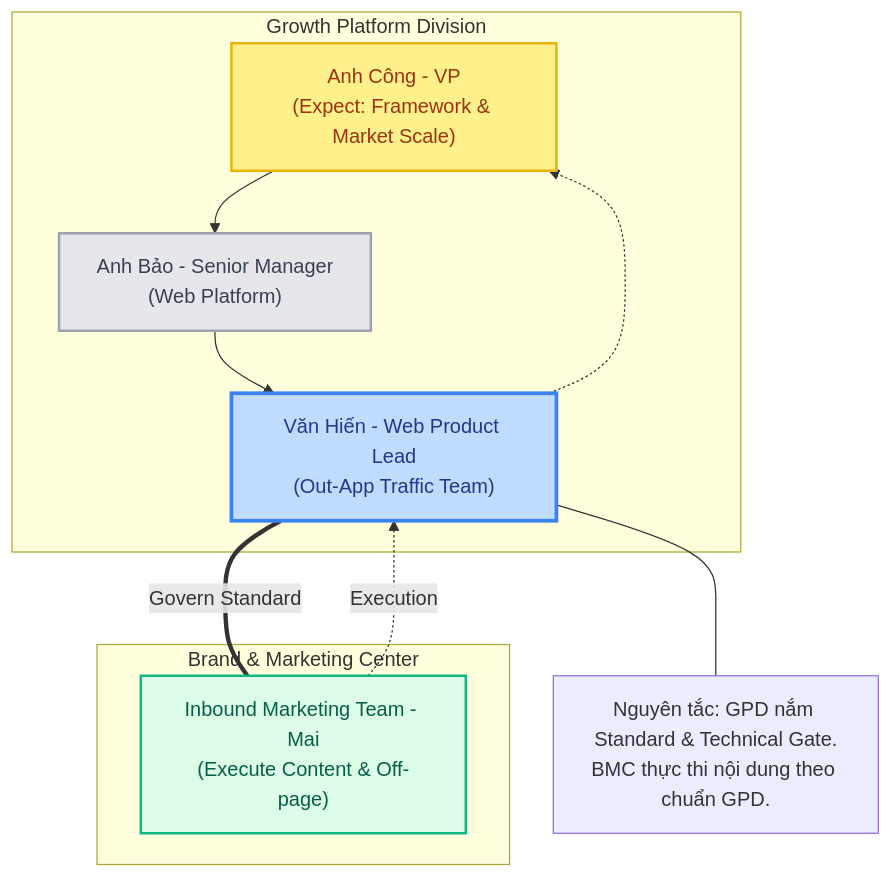
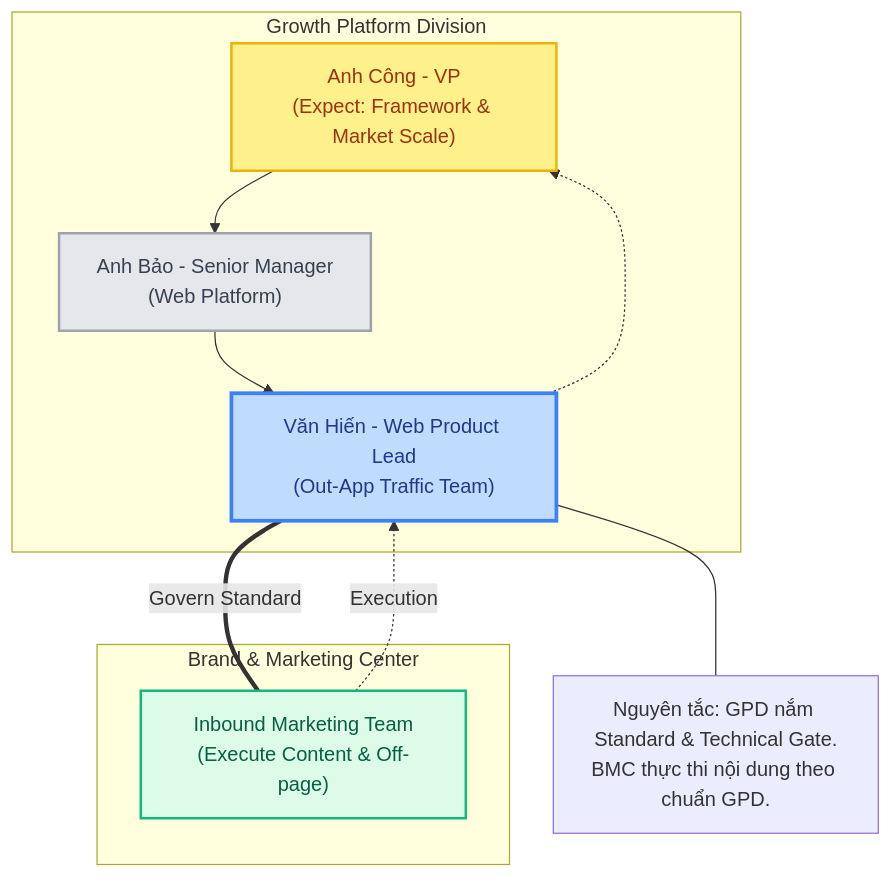
One commit to vanhien26/hienho-knowledgebase changed the first of 2 diagrams in 00_HARNESS_CORE/hienho_master_doc.md. Above: the diagram before and after it, drawn with Mermaid. The commit also changed other lines of this file and 129 other files, not shown here.

````diff
--- a/00_HARNESS_CORE/hienho_master_doc.md
+++ b/00_HARNESS_CORE/hienho_master_doc.md
@@ -253,30 +283,30 @@
 ```mermaid
 flowchart TD
     %% Define styles
     classDef leadership fill:#fef08a,stroke:#eab308,stroke-width:2px,color:#9a3412
     classDef hien fill:#bfdbfe,stroke:#3b82f6,stroke-width:3px,color:#1e3a8a
     classDef tech fill:#e5e7eb,stroke:#9ca3af,stroke-width:2px,color:#374151
     classDef inbound fill:#dcfce7,stroke:#10b981,stroke-width:2px,color:#065f46
     
     subgraph GPD ["Growth Platform Division"]
         Cong["Anh Công - VP<br/>(Expect: Framework & Market Scale)"]:::leadership
         Bao["Anh Bảo - Senior Manager<br/>(Web Platform)"]:::tech
         Hien["Văn Hiến - Web Product Lead<br/>(Out-App Traffic Team)"]:::hien
         
         Cong --> Bao
         Bao --> Hien
         Hien -.-> Cong
     end
 
     subgraph BMC ["Brand & Marketing Center"]
-        Inbound["Inbound Marketing Team - Mai<br/>(Execute Content & Off-page)"]:::inbound
+        Inbound["Inbound Marketing Team<br/>(Execute Content & Off-page)"]:::inbound
     end
 
     %% Interactions
     Hien ===|Govern Standard| Inbound
     Inbound -.->|Execution| Hien
     
     %% Note
     note1["Nguyên tắc: GPD nắm Standard & Technical Gate.<br/>BMC thực thi nội dung theo chuẩn GPD."]
     Hien --- note1
 ```
````
